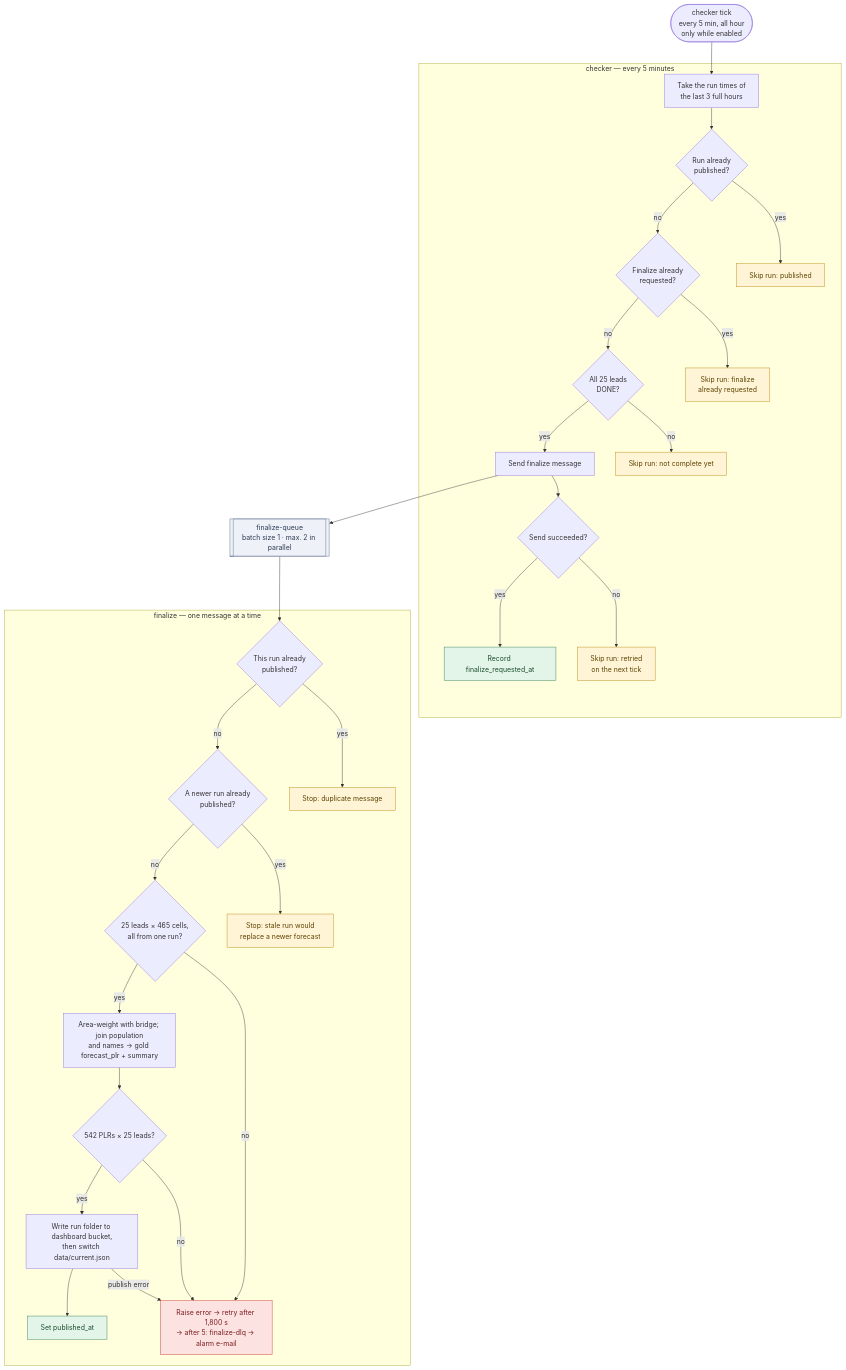
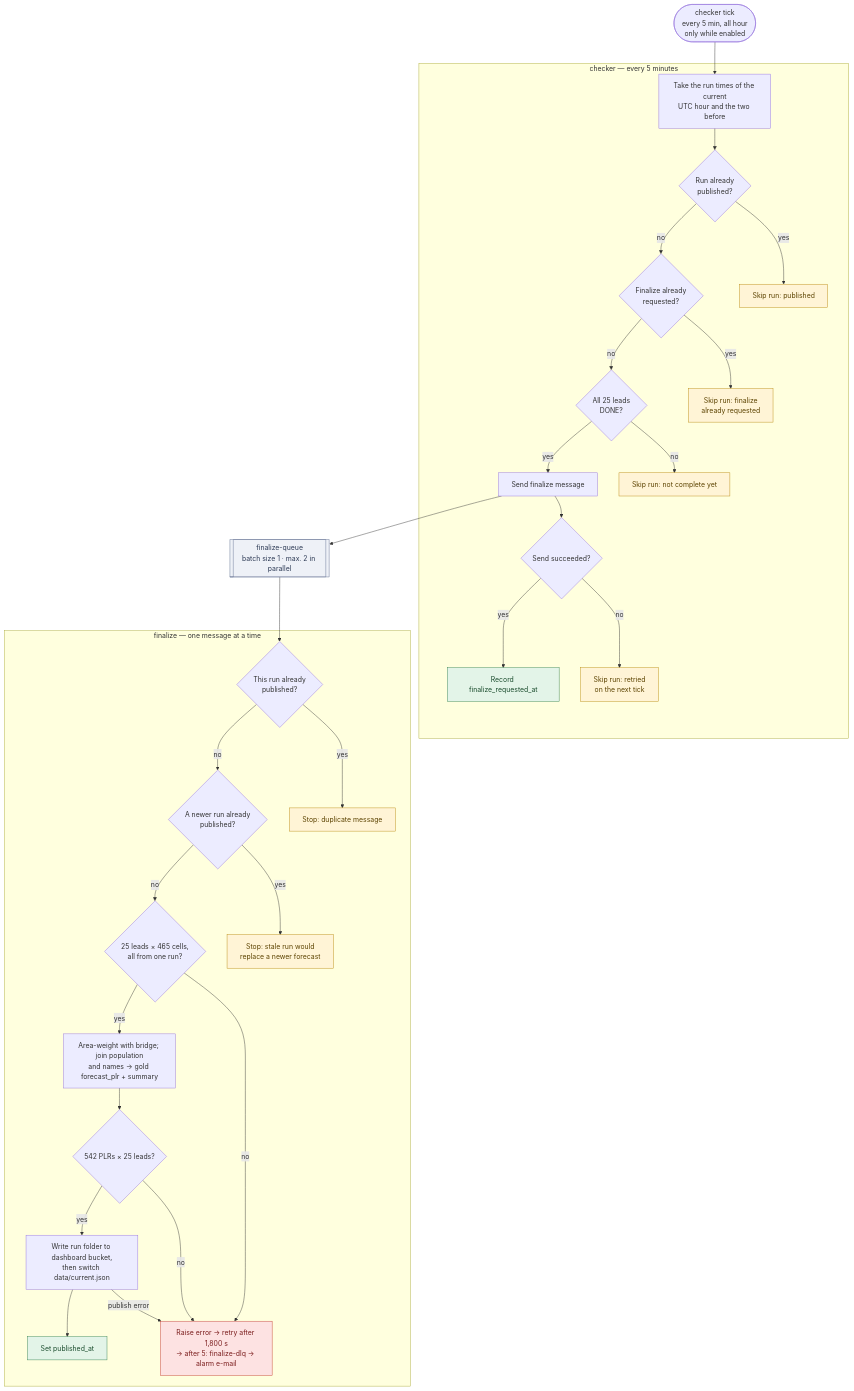
One commit to ohexel/berlin-temp-aws changed the third of 3 diagrams in docs/orchestration-plan.md. Above: the diagram before and after it, drawn with Mermaid. The commit also changed other lines of this file and 6 other files, not shown here.

````diff
--- a/docs/orchestration-plan.md
+++ b/docs/orchestration-plan.md
@@ -158,60 +158,60 @@
 ```mermaid
 flowchart TD
     classDef ok fill:#e3f4e8,stroke:#2e7d4f,color:#1b4d2e
     classDef skip fill:#fff4d6,stroke:#b8860b,color:#5c4300
     classDef fail fill:#fde2e2,stroke:#c0392b,color:#7b1d1d
     classDef store fill:#eef1f7,stroke:#5b6b8c,color:#2d3a55
 
     CSCHED(["checker tick<br/>every 5 min, all hour<br/>only while enabled"])
 
     subgraph CHECKER["checker — every 5 minutes"]
-        C1["Take the run times of<br/>the last 3 full hours"]
+        C1["Take the run times of the current<br/>UTC hour and the two before"]
         C2{"Run already<br/>published?"}
         C3{"Finalize already<br/>requested?"}
         C4{"All 25 leads<br/>DONE?"}
         C5["Send finalize message"]
         C6{"Send succeeded?"}
         C7["Record finalize_requested_at"]:::ok
         CS1["Skip run: published"]:::skip
         CS2["Skip run: finalize<br/>already requested"]:::skip
         CS3["Skip run: not complete yet"]:::skip
         CS4["Skip run: retried<br/>on the next tick"]:::skip
     end
 
     CSCHED --> C1 --> C2
     C2 -- yes --> CS1
     C2 -- no --> C3
     C3 -- yes --> CS2
     C3 -- no --> C4
     C4 -- no --> CS3
     C4 -- yes --> C5 --> C6
     C6 -- no --> CS4
     C6 -- yes --> C7
 
     FQ[["finalize-queue<br/>batch size 1 · max. 2 in parallel"]]:::store
     C5 --> FQ
 
     subgraph FINALIZE["finalize — one message at a time"]
         F1{"This run already<br/>published?"}
         F2{"A newer run already<br/>published?"}
         F3{"25 leads × 465 cells,<br/>all from one run?"}
         F4["Area-weight with bridge; join population<br/>and names → gold forecast_plr + summary"]
         F5{"542 PLRs × 25 leads?"}
         F6["Write run folder to dashboard bucket,<br/>then switch data/current.json"]
         F7["Set published_at"]:::ok
         FS1["Stop: duplicate message"]:::skip
         FS2["Stop: stale run would<br/>replace a newer forecast"]:::skip
         FERR["Raise error → retry after 1,800 s<br/>→ after 5: finalize-dlq → alarm e-mail"]:::fail
     end
 
     FQ --> F1
     F1 -- yes --> FS1
     F1 -- no --> F2
     F2 -- yes --> FS2
     F2 -- no --> F3
     F3 -- no --> FERR
     F3 -- yes --> F4 --> F5
     F5 -- no --> FERR
     F5 -- yes --> F6 --> F7
     F6 -- "publish error" --> FERR
 ```
````
